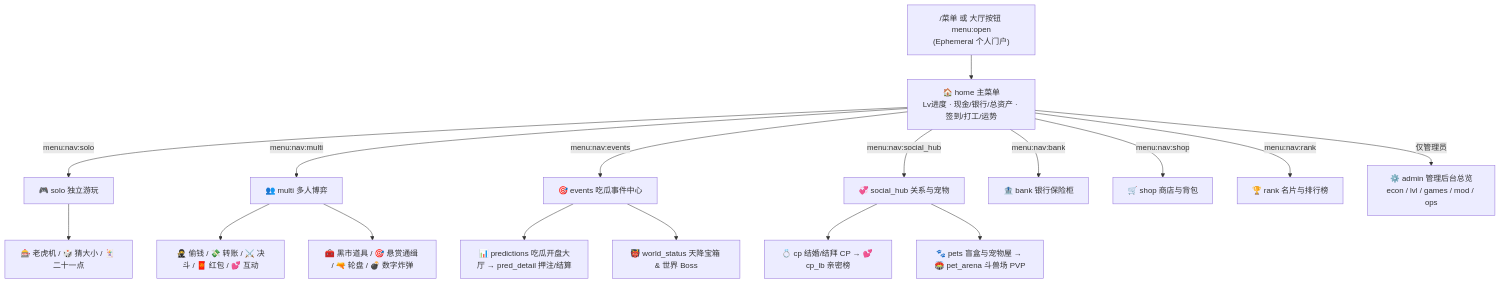
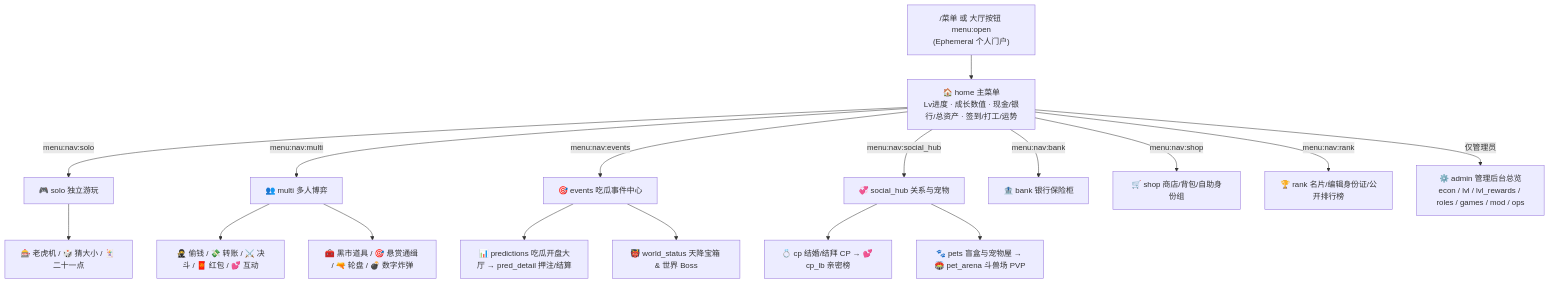
One commit to icebear0828/discord-zh-bot changed the second of 2 diagrams in docs/ARCHITECTURE.md. Above: the diagram before and after it, drawn with Mermaid. The commit also changed other lines of this file and 1 other file, not shown here.

Commit message:
docs: update README and ARCHITECTURE for menu config, growth stat, mention rules, and admin guards

````diff
--- a/docs/ARCHITECTURE.md
+++ b/docs/ARCHITECTURE.md
@@ -91,21 +91,21 @@
 ```mermaid
 flowchart TD
-  ENTRY["/菜单 或 大厅按钮 menu:open<br/>(Ephemeral 个人门户)"] --> HOME["🏠 home 主菜单<br/>Lv进度 · 现金/银行/总资产 · 签到/打工/运势"]
+  ENTRY["/菜单 或 大厅按钮 menu:open<br/>(Ephemeral 个人门户)"] --> HOME["🏠 home 主菜单<br/>Lv进度 · 成长数值 · 现金/银行/总资产 · 签到/打工/运势"]
 
   HOME -->|menu:nav:solo| SOLO["🎮 solo 独立游玩"]
   HOME -->|menu:nav:multi| MULTI["👥 multi 多人博弈"]
   HOME -->|menu:nav:events| EVENTS["🎯 events 吃瓜事件中心"]
   HOME -->|menu:nav:social_hub| SOC["💞 social_hub 关系与宠物"]
   HOME -->|menu:nav:bank| BANK["🏦 bank 银行保险柜"]
-  HOME -->|menu:nav:shop| SHOP["🛒 shop 商店与背包"]
-  HOME -->|menu:nav:rank| RANK["🏆 rank 名片与排行榜"]
-  HOME -->|仅管理员| ADMIN["⚙️ admin 管理后台总览<br/>econ / lvl / games / mod / ops"]
+  HOME -->|menu:nav:shop| SHOP["🛒 shop 商店/背包/自助身份组"]
+  HOME -->|menu:nav:rank| RANK["🏆 rank 名片/编辑身份证/公开排行榜"]
+  HOME -->|仅管理员| ADMIN["⚙️ admin 管理后台总览<br/>econ / lvl / lvl_rewards / roles / games / mod / ops"]
 
   SOLO --> SOLO_G["🎰 老虎机 / 🎲 猜大小 / 🃏 二十一点"]
   MULTI --> MULTI_C["🥷 偷钱 / 💸 转账 / ⚔️ 决斗 / 🧧 红包 / 💕 互动"]
   MULTI --> MULTI_X["🧰 黑市道具 / 🎯 悬赏通缉 / 🔫 轮盘 / 💣 数字炸弹"]
   EVENTS --> EV_P["📊 predictions 吃瓜开盘大厅 → pred_detail 押注/结算"]
   EVENTS --> EV_W["👹 world_status 天降宝箱 & 世界 Boss"]
   SOC --> SOC_C["💍 cp 结婚/结拜 CP → 💕 cp_lb 亲密榜"]
   SOC --> SOC_P["🐾 pets 盲盒与宠物屋 → 🏟️ pet_arena 斗兽场 PVP"]
 ```
````
